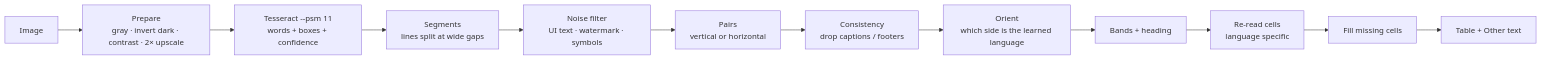
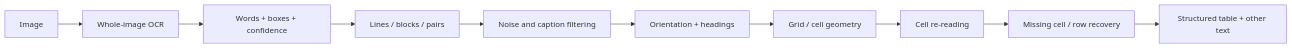
The diagram in docs/SMART_OCR.md (awsrmmustansarjavaid/charliemj-ocr-studio), drawn with Mermaid before and after one commit. The commit also changed other lines of this file and 24 other files, not shown here.

````diff
--- a/docs/SMART_OCR.md
+++ b/docs/SMART_OCR.md
@@ -10,14 +9,12 @@
 ```mermaid
 flowchart LR
-    A["Image"] --> B["Prepare<br/>gray · invert dark · contrast · 2× upscale"]
-    B --> C["Tesseract --psm 11<br/>words + boxes + confidence"]
-    C --> D["Segments<br/>lines split at wide gaps"]
-    D --> E["Noise filter<br/>UI text · watermark · symbols"]
-    E --> F["Pairs<br/>vertical or horizontal"]
-    F --> G["Consistency<br/>drop captions / footers"]
-    G --> H["Orient<br/>which side is the learned language"]
-    H --> I["Bands + heading"]
-    I --> J["Re-read cells<br/>language specific"]
-    J --> K["Fill missing cells"]
-    K --> L["Table + Other text"]
+    A[Image] --> B[Whole-image OCR]
+    B --> C[Words + boxes + confidence]
+    C --> D[Lines / blocks / pairs]
+    D --> E[Noise and caption filtering]
+    E --> F[Orientation + headings]
+    F --> G[Grid / cell geometry]
+    G --> H[Cell re-reading]
+    H --> I[Missing cell / row recovery]
+    I --> J[Structured table + other text]
 ```
````
